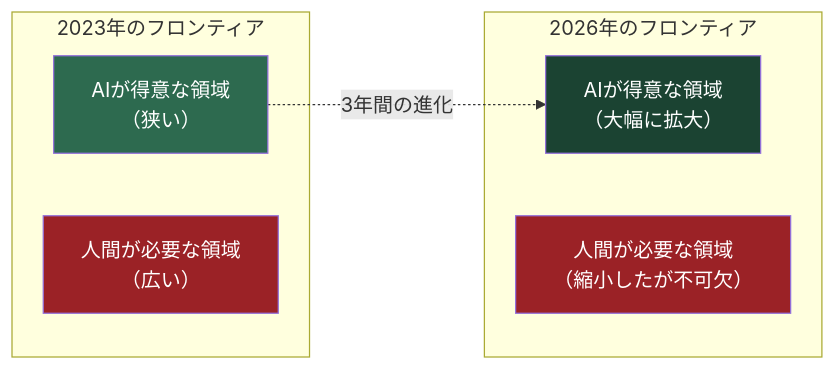
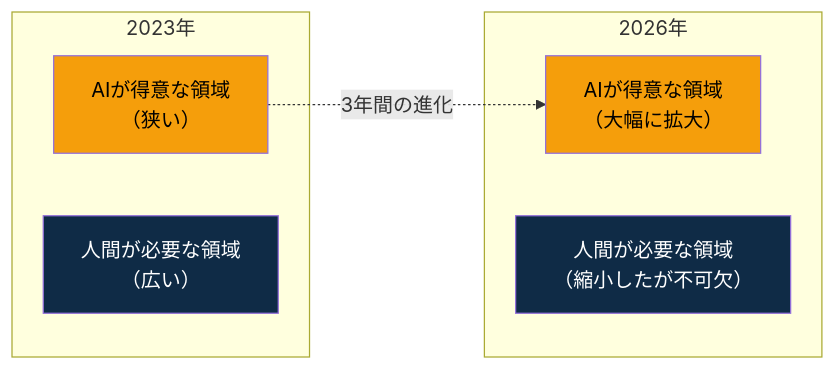
One commit to Leading-AI-IO/the-10-80-10-principle changed the seventh of 7 diagrams in docs/jp/the_10_80_10_principle_JP.md. Above: the diagram before and after it, drawn with Mermaid. The commit also changed other lines of this file, not shown here.

````diff
--- a/docs/jp/the_10_80_10_principle_JP.md
+++ b/docs/jp/the_10_80_10_principle_JP.md
@@ -925,19 +632,19 @@
 ```mermaid
 graph LR
-    subgraph "2023年のフロンティア"
+    subgraph "2023年"
         A["AIが得意な領域<br/>（狭い）"]
         B["人間が必要な領域<br/>（広い）"]
     end
 
-    subgraph "2026年のフロンティア"
+    subgraph "2026年"
         C["AIが得意な領域<br/>（大幅に拡大）"]
         D["人間が必要な領域<br/>（縮小したが不可欠）"]
     end
 
     A -.->|"3年間の進化"| C
 
-    style A fill:#2d6a4f,color:#fff
-    style B fill:#9b2226,color:#fff
-    style C fill:#1b4332,color:#fff
-    style D fill:#9b2226,color:#fff
+    style A fill:#f59e0b,color:#000
+    style B fill:#0f2b46,color:#fff
+    style C fill:#f59e0b,color:#000
+    style D fill:#0f2b46,color:#fff
 ```
````
